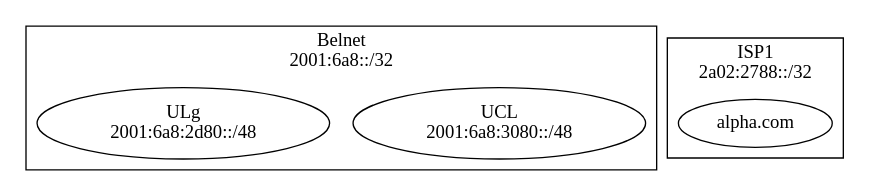
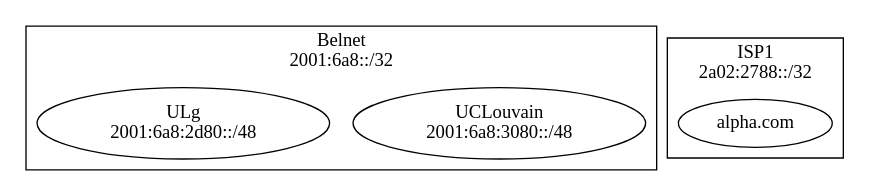
The first of 3 diagrams in book-2nd/protocols/ipv6.rst (obonaventure/cnp3), drawn with Graphviz before and after one commit. The commit also changed other lines of this file, not shown here.

First line of the commit message:
UCLouvain, codes and typos

```diff
--- a/book-2nd/protocols/ipv6.rst
+++ b/book-2nd/protocols/ipv6.rst
@@ -143,18 +143,18 @@
 .. graphviz:: 
 
   digraph G {
     graph[ compound=true];
     subgraph cluster_0 {
-        ucl [label="UCL\n2001:6a8:3080::/48"];
+        ucl [label="UCLouvain\n2001:6a8:3080::/48"];
 	ulg [label="ULg\n2001:6a8:2d80::/48"];
         label = "Belnet\n2001:6a8::/32";
     }
     subgraph cluster_1 {
         alpha [label="alpha.com"];
         label = "ISP1\n2a02:2788::/32";
     }
     // Edges that directly connect one cluster to another
     // ulg -- internet [lhead=cluster_0];
     // alpha -- internet [lhead=cluster_1];
     // ucl -- "alpha.com" [ltail=cluster_1];
   }
```
